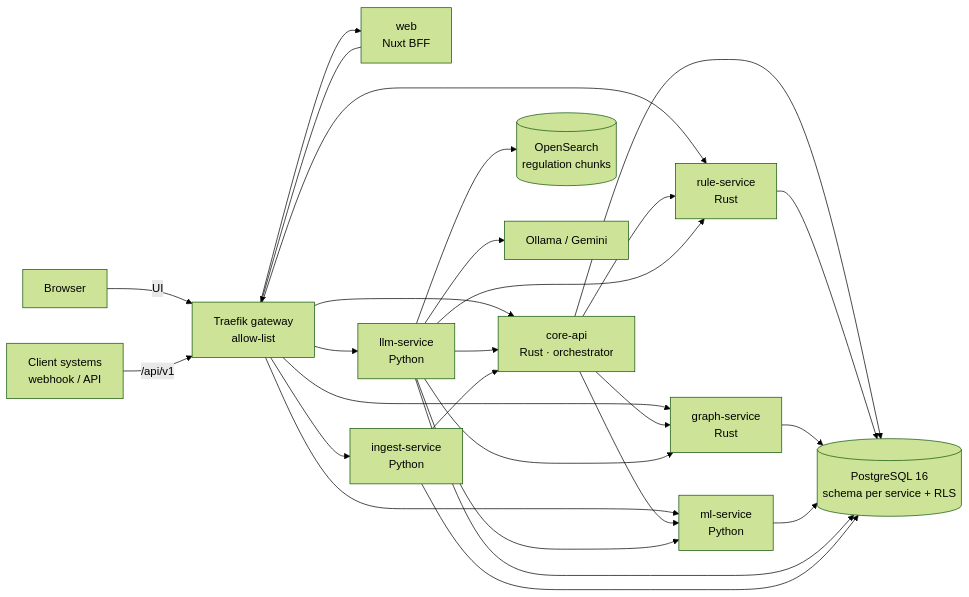
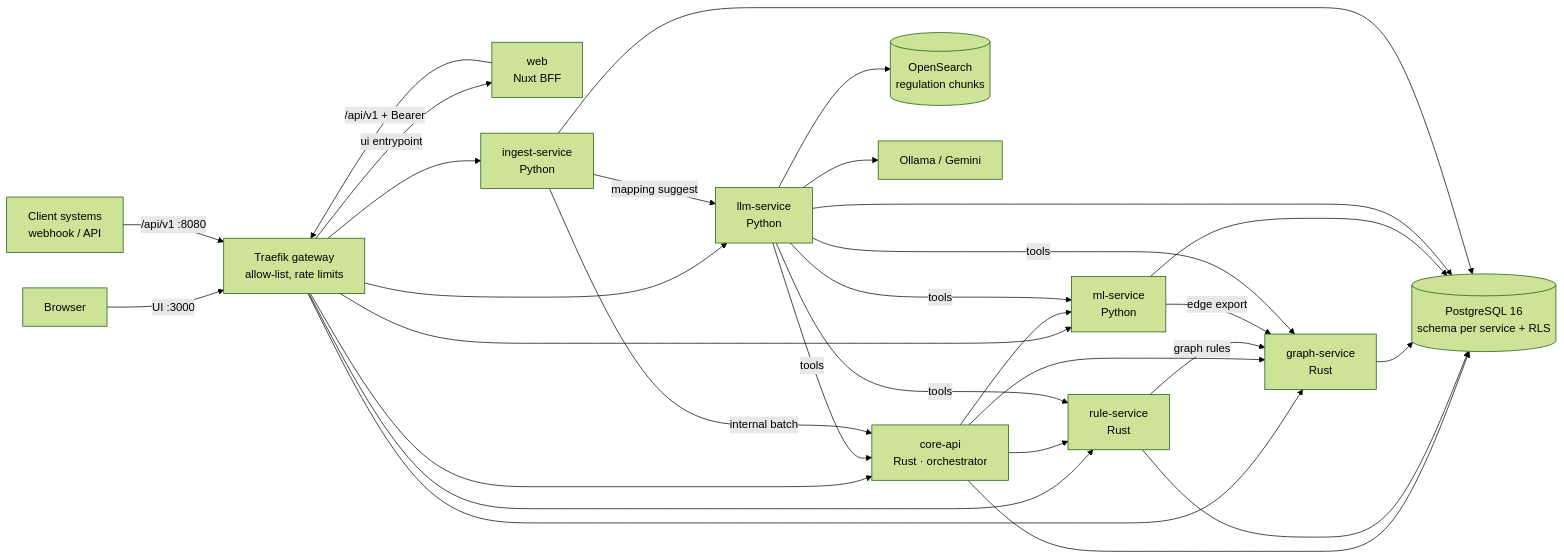
Before and after one commit to situkangsayur/fraud_detection_engine: the second of 5 diagrams in docs/technical/technical-overview.md, drawn with Mermaid (forest theme). The commit also changed other lines of this file and 35 other files, not shown here.

````diff
--- a/docs/technical/technical-overview.md
+++ b/docs/technical/technical-overview.md
@@ -32,19 +48,22 @@
 ```mermaid
 flowchart LR
-  B[Browser] -->|UI| GW[Traefik gateway<br/>allow-list]
-  C[Client systems<br/>webhook / API] -->|/api/v1| GW
-  GW --> WEB[web<br/>Nuxt BFF]
-  WEB --> GW
-  GW --> CORE[core-api<br/>Rust · orchestrator]
-  GW --> RULE[rule-service<br/>Rust]
-  GW --> GRAPH[graph-service<br/>Rust]
-  GW --> ML[ml-service<br/>Python]
-  GW --> LLM[llm-service<br/>Python]
-  GW --> ING[ingest-service<br/>Python]
+  B[Browser] -->|"UI :3000"| GW["Traefik gateway<br/>allow-list, rate limits"]
+  C["Client systems<br/>webhook / API"] -->|"/api/v1 :8080"| GW
+  GW -->|ui entrypoint| WEB["web<br/>Nuxt BFF"]
+  WEB -->|"/api/v1 + Bearer"| GW
+  GW --> CORE["core-api<br/>Rust · orchestrator"]
+  GW --> RULE["rule-service<br/>Rust"]
+  GW --> GRAPH["graph-service<br/>Rust"]
+  GW --> ML["ml-service<br/>Python"]
+  GW --> LLM["llm-service<br/>Python"]
+  GW --> ING["ingest-service<br/>Python"]
   CORE --> RULE & GRAPH & ML
-  LLM --> CORE & RULE & GRAPH & ML
-  ING --> CORE
-  CORE & RULE & GRAPH & ML & LLM & ING --> PG[(PostgreSQL 16<br/>schema per service + RLS)]
-  LLM --> OS[(OpenSearch<br/>regulation chunks)]
-  LLM --> OL[Ollama / Gemini]
+  RULE -->|graph rules| GRAPH
+  ML -->|edge export| GRAPH
+  LLM -->|tools| CORE & RULE & GRAPH & ML
+  ING -->|internal batch| CORE
+  ING -->|mapping suggest| LLM
+  CORE & RULE & GRAPH & ML & LLM & ING --> PG[("PostgreSQL 16<br/>schema per service + RLS")]
+  LLM --> OS[("OpenSearch<br/>regulation chunks")]
+  LLM --> OL["Ollama / Gemini"]
 ```
````
